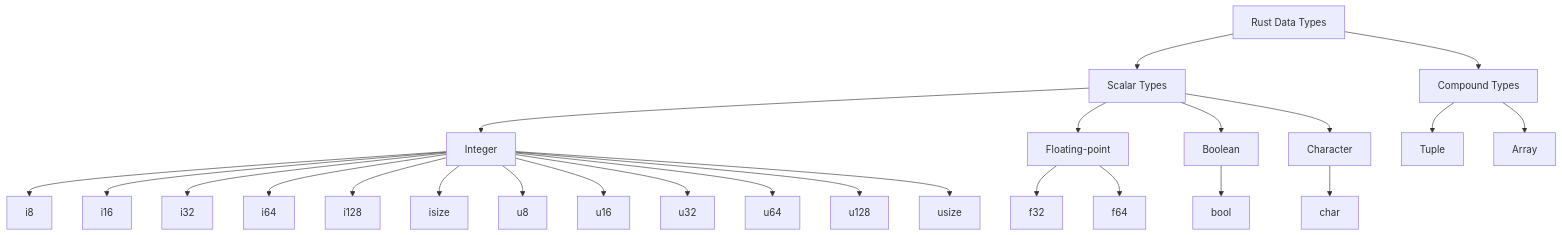
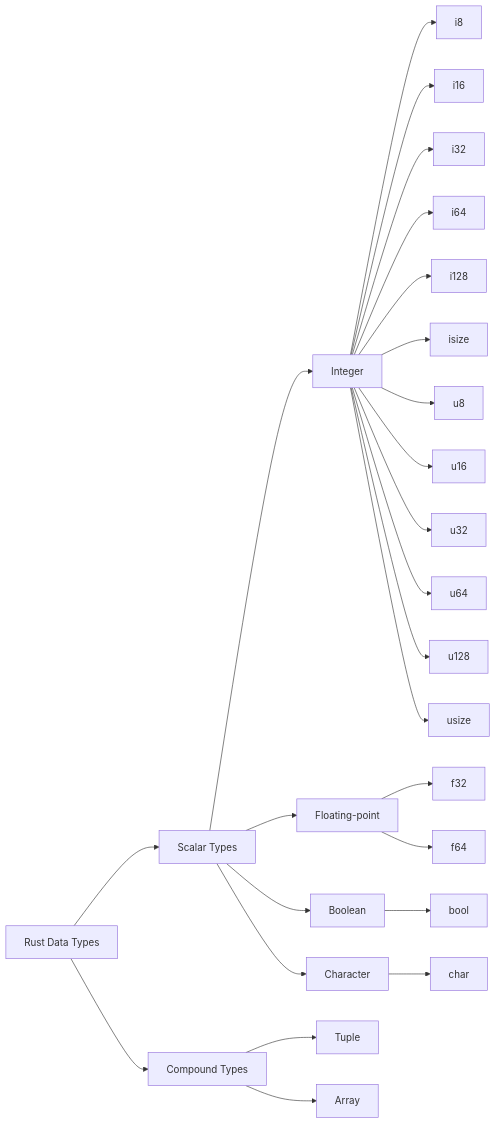
One commit to revenantonthemission/passionproject changed the diagram in src/site/notes/ProgrammingLanguage/Rust/DataType.md. Above: the diagram before and after it, drawn with Mermaid. The commit also changed other lines of this file and 1 other file, not shown here.

Commit message:
Published multiple files

````diff
--- a/src/site/notes/ProgrammingLanguage/Rust/DataType.md
+++ b/src/site/notes/ProgrammingLanguage/Rust/DataType.md
@@ -94,33 +94,33 @@
 ```mermaid
-graph TD
+graph LR
     A[Rust Data Types] --> B[Scalar Types]
     A --> C[Compound Types]
     
     B --> D[Integer]
     B --> E[Floating-point]
     B --> F[Boolean]
     B --> G[Character]
     
     D --> D1[i8]
     D --> D2[i16]
     D --> D3[i32]
     D --> D4[i64]
     D --> D5[i128]
     D --> D6[isize]
     D --> D7[u8]
     D --> D8[u16]
     D --> D9[u32]
     D --> D10[u64]
     D --> D11[u128]
     D --> D12[usize]
     
     E --> E1[f32]
     E --> E2[f64]
     
     C --> H[Tuple]
     C --> I[Array]
 	
 	F --> F1[bool]
 	
 	G --> G1[char]
 ```
````
